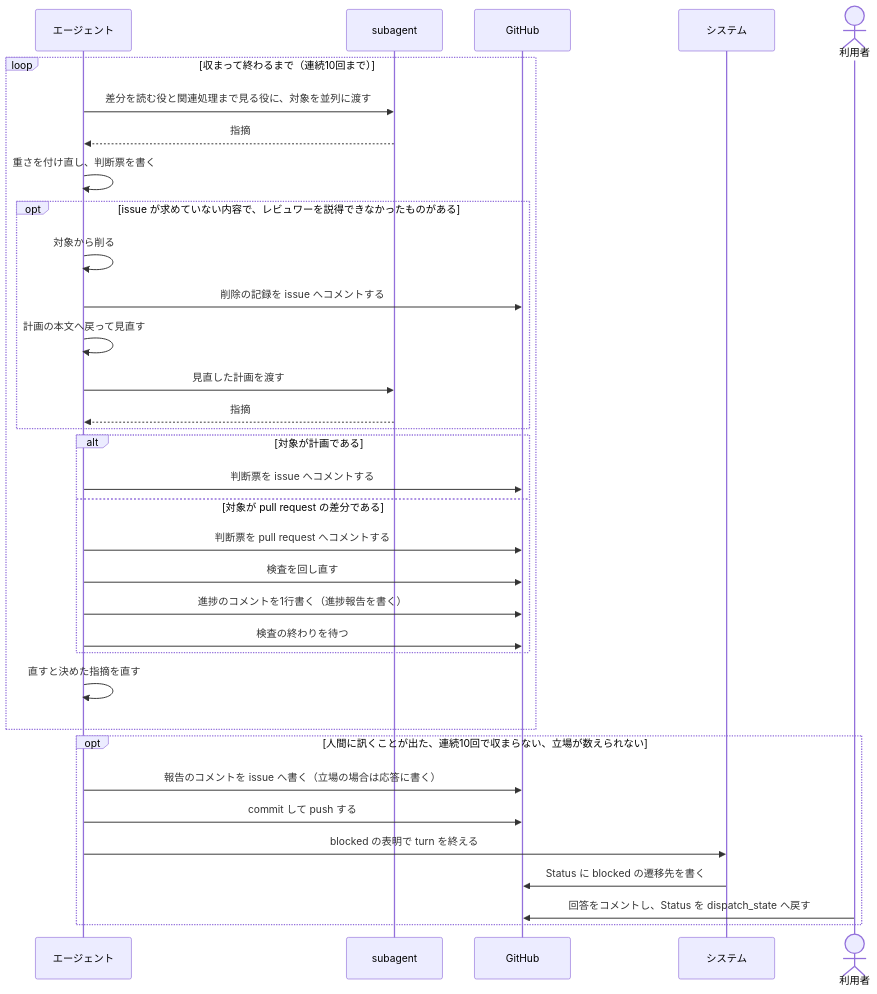
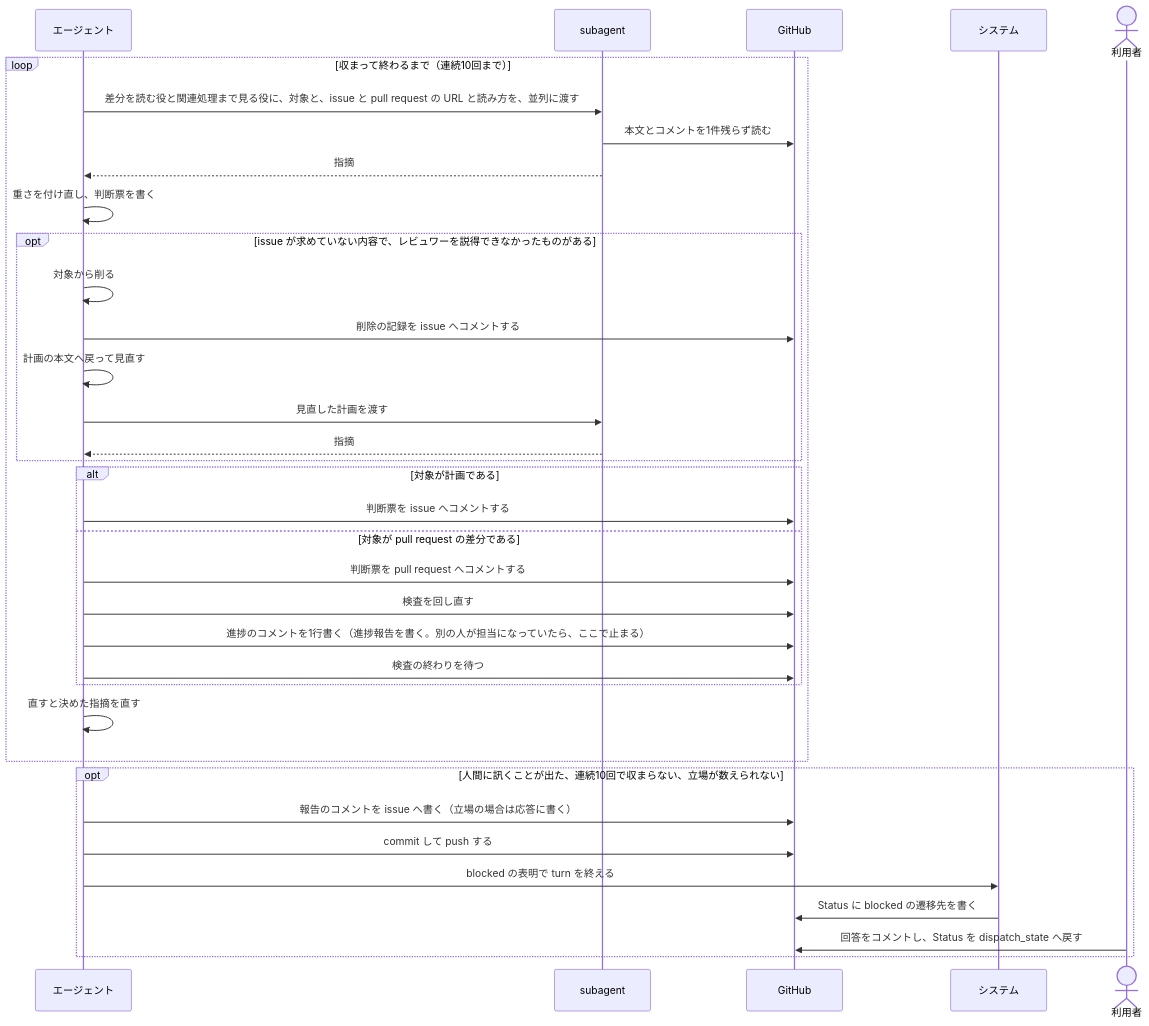
The first of 2 diagrams in docs/spec/usecases/particular_case/レビューを回す.rucm.md (maimuzo/continuo), drawn with Mermaid before and after one commit. The commit also changed other lines of this file and 14 other files, not shown here.

Commit message:
ユースケース記述を新しい指示書へ合わせる 担当の確認と衝突の扱いと draft の pull request を RUCM 4本へ写し 指示書の曖昧だった3文を言い切る

````diff
--- a/docs/spec/usecases/particular_case/レビューを回す.rucm.md
+++ b/docs/spec/usecases/particular_case/レビューを回す.rucm.md
@@ -133,37 +166,38 @@
 ```mermaid
 sequenceDiagram
     participant CC as エージェント
     participant SA as subagent
     participant GH as GitHub
     participant S as システム
     actor U as 利用者
 
     loop 収まって終わるまで（連続10回まで）
-        CC->>SA: 差分を読む役と関連処理まで見る役に、対象を並列に渡す
+        CC->>SA: 差分を読む役と関連処理まで見る役に、対象と、issue と pull request の URL と読み方を、並列に渡す
+        SA->>GH: 本文とコメントを1件残らず読む
         SA-->>CC: 指摘
         CC->>CC: 重さを付け直し、判断票を書く
         opt issue が求めていない内容で、レビュワーを説得できなかったものがある
             CC->>CC: 対象から削る
             CC->>GH: 削除の記録を issue へコメントする
             CC->>CC: 計画の本文へ戻って見直す
             CC->>SA: 見直した計画を渡す
             SA-->>CC: 指摘
         end
         alt 対象が計画である
             CC->>GH: 判断票を issue へコメントする
         else 対象が pull request の差分である
             CC->>GH: 判断票を pull request へコメントする
             CC->>GH: 検査を回し直す
-            CC->>GH: 進捗のコメントを1行書く（進捗報告を書く）
+            CC->>GH: 進捗のコメントを1行書く（進捗報告を書く。別の人が担当になっていたら、ここで止まる）
             CC->>GH: 検査の終わりを待つ
         end
         CC->>CC: 直すと決めた指摘を直す
     end
     opt 人間に訊くことが出た、連続10回で収まらない、立場が数えられない
         CC->>GH: 報告のコメントを issue へ書く（立場の場合は応答に書く）
         CC->>GH: commit して push する
         CC->>S: blocked の表明で turn を終える
         S->>GH: Status に blocked の遷移先を書く
         U->>GH: 回答をコメントし、Status を dispatch_state へ戻す
     end
 ```
````
